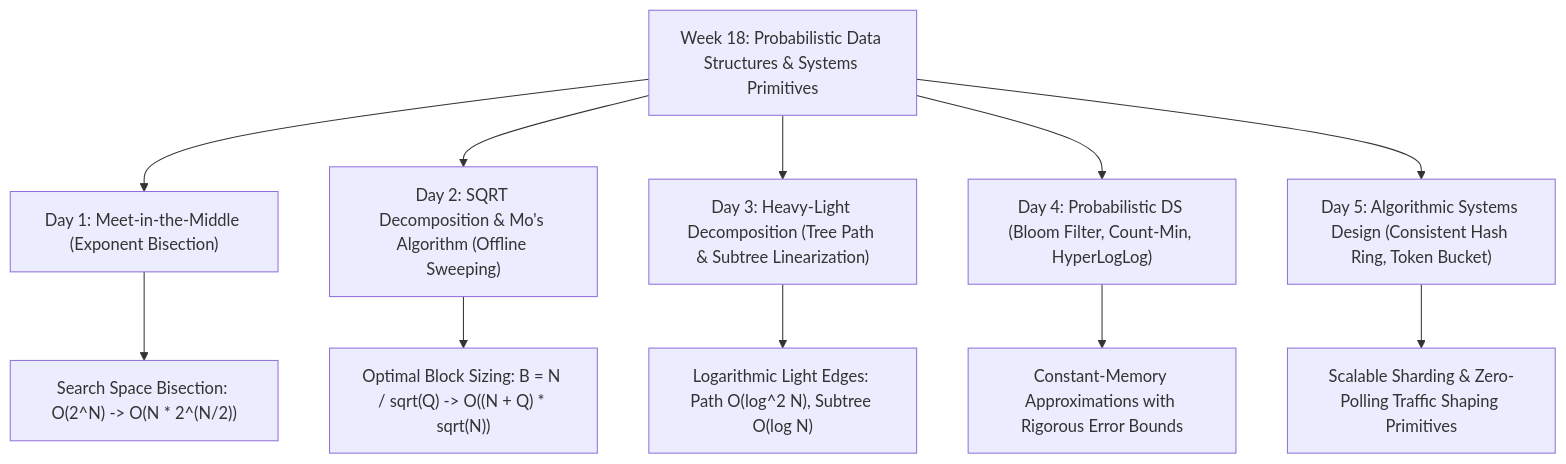
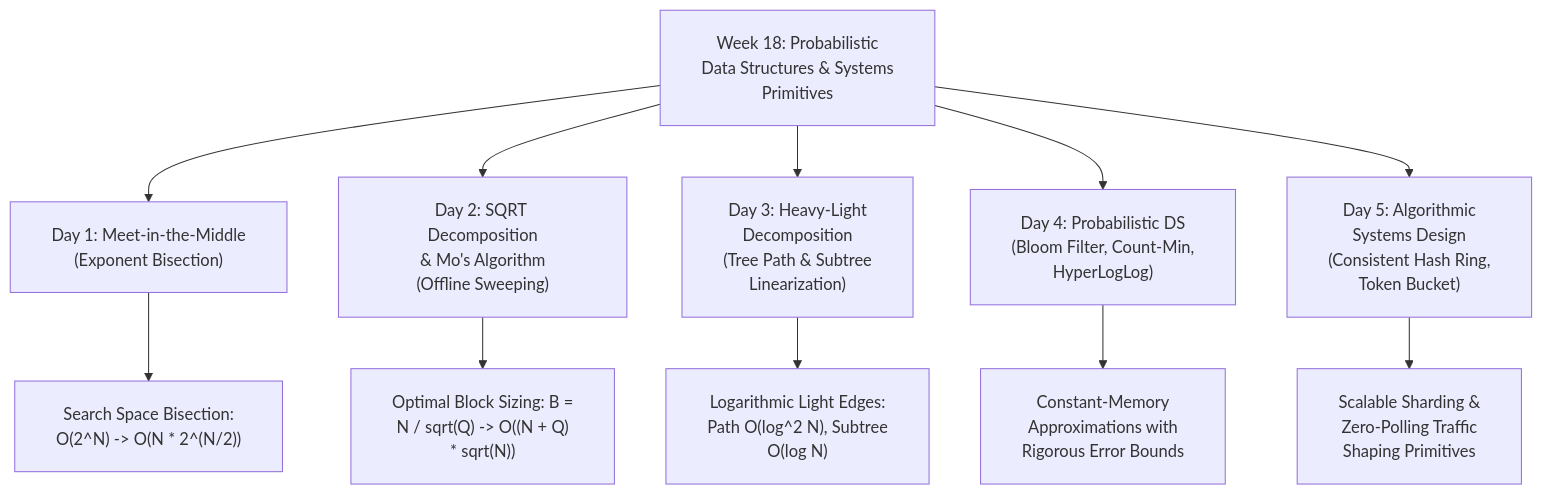
One commit to dip4k/DSA_102 changed the diagram in week_18_probabilistic_ds_systems/WEEK_18_FULL_PLAYBOOK.md. Above: the diagram before and after it, drawn with Mermaid. The commit also changed 108 other files, not shown here.

First line of the commit message:
fix(mermaid): resolve diagram clipping, padding, and syntax issues across repo

````diff
--- a/week_18_probabilistic_ds_systems/WEEK_18_FULL_PLAYBOOK.md
+++ b/week_18_probabilistic_ds_systems/WEEK_18_FULL_PLAYBOOK.md
@@ -11,14 +11,15 @@
 ```mermaid
+%%{init: {"flowchart": {"htmlLabels": true, "padding": 20}}}%%
 flowchart TD
-    W["Week 18: Probabilistic Data Structures & Systems Primitives"] --> D1["Day 1: Meet-in-the-Middle (Exponent Bisection)"]
-    W --> D2["Day 2: SQRT Decomposition & Mo's Algorithm (Offline Sweeping)"]
-    W --> D3["Day 3: Heavy-Light Decomposition (Tree Path & Subtree Linearization)"]
-    W --> D4["Day 4: Probabilistic DS (Bloom Filter, Count-Min, HyperLogLog)"]
-    W --> D5["Day 5: Algorithmic Systems Design (Consistent Hash Ring, Token Bucket)"]
+    W["Week 18: Probabilistic<br/>Data Structures & Systems<br/>Primitives"] --> D1["Day 1: Meet-in-the-Middle<br/>(Exponent Bisection)"]
+    W --> D2["Day 2: SQRT Decomposition<br/>& Mo's Algorithm<br/>(Offline Sweeping)"]
+    W --> D3["Day 3: Heavy-Light<br/>Decomposition<br/>(Tree Path & Subtree<br/>Linearization)"]
+    W --> D4["Day 4: Probabilistic DS<br/>(Bloom Filter, Count-Min,<br/>HyperLogLog)"]
+    W --> D5["Day 5: Algorithmic<br/>Systems Design<br/>(Consistent Hash Ring,<br/>Token Bucket)"]
 
-    D1 --> P1["Search Space Bisection: O(2^N) -> O(N * 2^(N/2))"]
-    D2 --> P2["Optimal Block Sizing: B = N / sqrt(Q) -> O((N + Q) * sqrt(N))"]
-    D3 --> P3["Logarithmic Light Edges: Path O(log^2 N), Subtree O(log N)"]
-    D4 --> P4["Constant-Memory Approximations with Rigorous Error Bounds"]
-    D5 --> P5["Scalable Sharding & Zero-Polling Traffic Shaping Primitives"]
+    D1 --> P1["Search Space Bisection:<br/>O(2^N) -> O(N * 2^(N/2))"]
+    D2 --> P2["Optimal Block Sizing: B =<br/>N / sqrt(Q) -> O((N + Q)<br/>* sqrt(N))"]
+    D3 --> P3["Logarithmic Light Edges:<br/>Path O(log^2 N), Subtree<br/>O(log N)"]
+    D4 --> P4["Constant-Memory<br/>Approximations with<br/>Rigorous Error Bounds"]
+    D5 --> P5["Scalable Sharding &<br/>Zero-Polling Traffic<br/>Shaping Primitives"]
 ```
````
